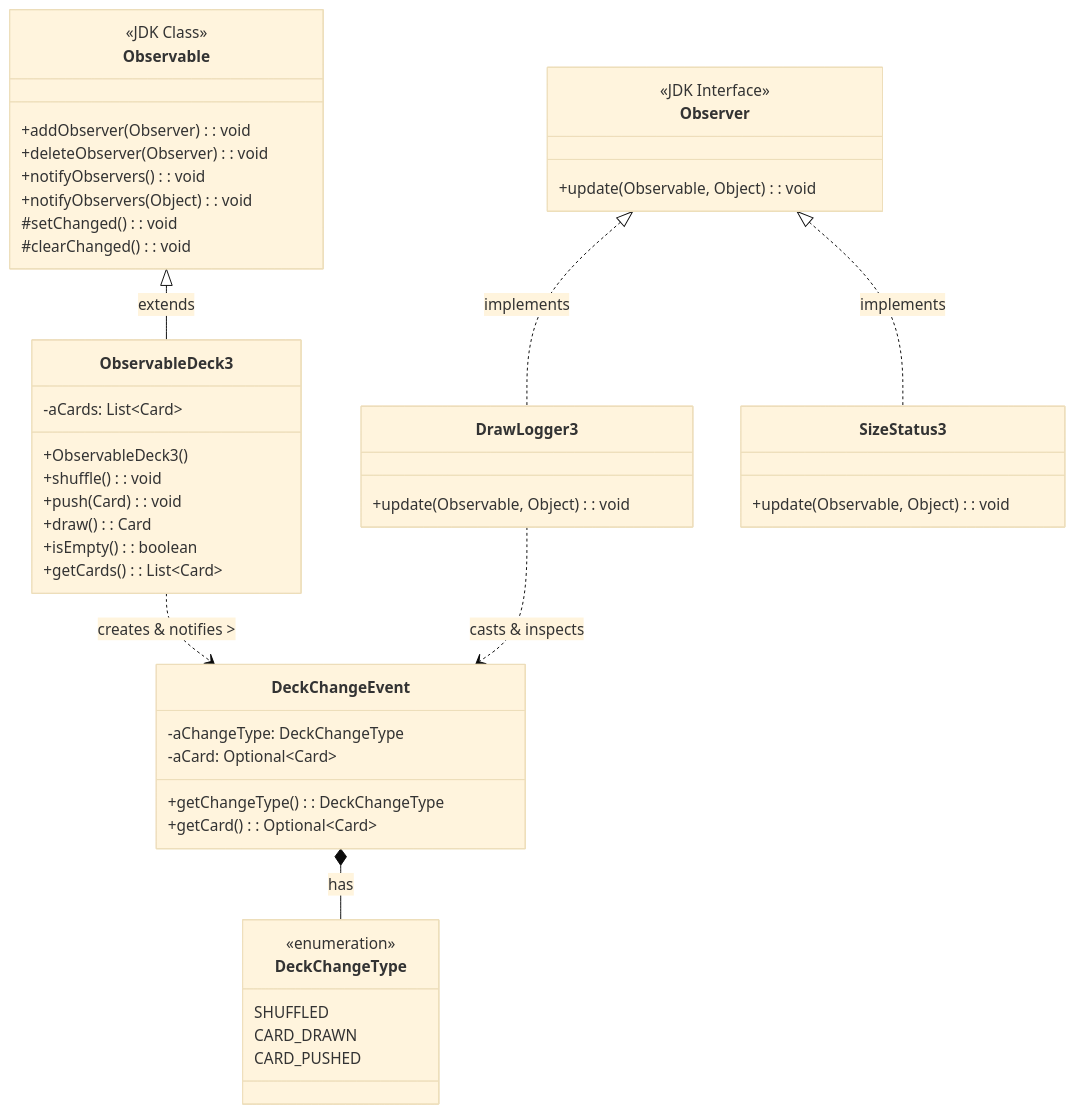
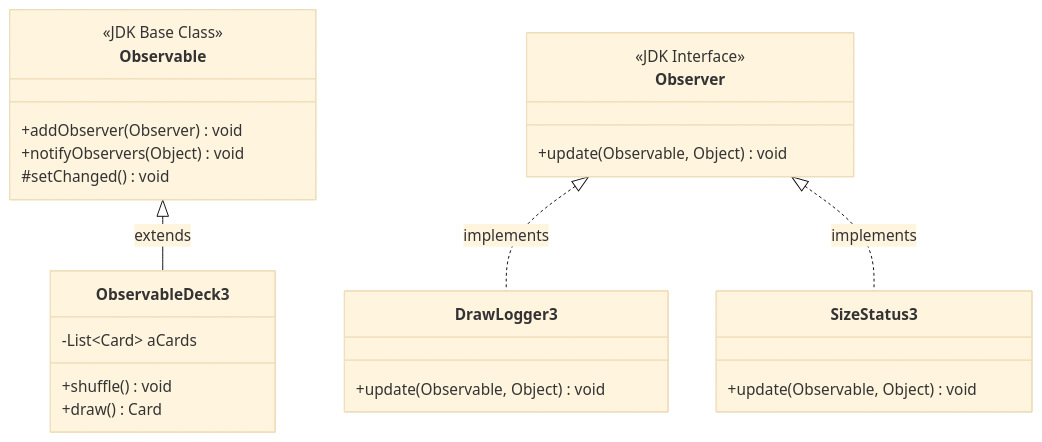
One commit to VanKhoiIT/Learn_SD changed the third of 4 diagrams in post-class_10/README.md. Above: the diagram before and after it, drawn with Mermaid (base theme). The commit also changed other lines of this file, not shown here.

````diff
--- a/post-class_10/README.md
+++ b/post-class_10/README.md
@@ -450,58 +151,28 @@
 ```mermaid
 classDiagram
     direction TB
-
     class Observable {
-        <<JDK Class>>
-        +addObserver(Observer): void
-        +deleteObserver(Observer): void
-        +notifyObservers(): void
-        +notifyObservers(Object): void
-        #setChanged(): void
-        #clearChanged(): void
+        <<JDK Base Class>>
+        +addObserver(Observer) void
+        +notifyObservers(Object) void
+        #setChanged() void
     }
-
     class Observer {
         <<JDK Interface>>
-        +update(Observable, Object): void
+        +update(Observable, Object) void
     }
-
     class ObservableDeck3 {
-        -aCards: List~Card~
-        +ObservableDeck3()
-        +shuffle(): void
-        +push(Card): void
-        +draw(): Card
-        +isEmpty(): boolean
-        +getCards(): List~Card~
+        -List~Card~ aCards
+        +shuffle() void
+        +draw() Card
     }
-
     class DrawLogger3 {
-        +update(Observable, Object): void
+        +update(Observable, Object) void
     }
-
     class SizeStatus3 {
-        +update(Observable, Object): void
+        +update(Observable, Object) void
     }
-
-    class DeckChangeEvent {
-        -aChangeType: DeckChangeType
-        -aCard: Optional~Card~
-        +getChangeType(): DeckChangeType
-        +getCard(): Optional~Card~
-    }
-
-    class DeckChangeType {
-        <<enumeration>>
-        SHUFFLED
-        CARD_DRAWN
-        CARD_PUSHED
-    }
-
     Observable <|-- ObservableDeck3 : extends
     Observer <|.. DrawLogger3 : implements
     Observer <|.. SizeStatus3 : implements
-    ObservableDeck3 ..> DeckChangeEvent : creates & notifies >
-    DeckChangeEvent *-- DeckChangeType : has
-    DrawLogger3 ..> DeckChangeEvent : casts & inspects
 ```
````
